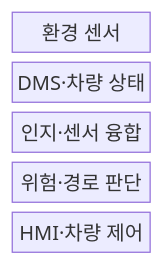
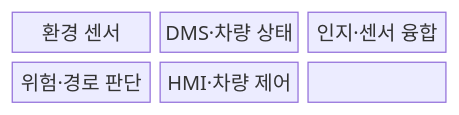
The first of 2 diagrams in src/content/docs/notes/08-latest-tech/208_adas_advanced_driver_assistance_system.md (agnusdei1207/knowledge-base), drawn with Mermaid before and after one commit. The commit also changed other lines of this file and 228 other files, not shown here.

````diff
--- a/src/content/docs/notes/08-latest-tech/208_adas_advanced_driver_assistance_system.md
+++ b/src/content/docs/notes/08-latest-tech/208_adas_advanced_driver_assistance_system.md
@@ -54,9 +53,11 @@
 ```mermaid
 block-beta
-  columns 1
-  A["환경 센서"]
-  B["DMS·차량 상태"]
-  C["인지·센서 융합"]
-  D["위험·경로 판단"]
-  E["HMI·차량 제어"]
+  columns 3
+  N0["환경 센서"]
+  N1["DMS·차량 상태"]
+  N2["인지·센서 융합"]
+  N3["위험·경로 판단"]
+  N4["HMI·차량 제어"]
+  N0 --- N1 --- N2
+  N2 --- N3 --- N4
 ```
````
